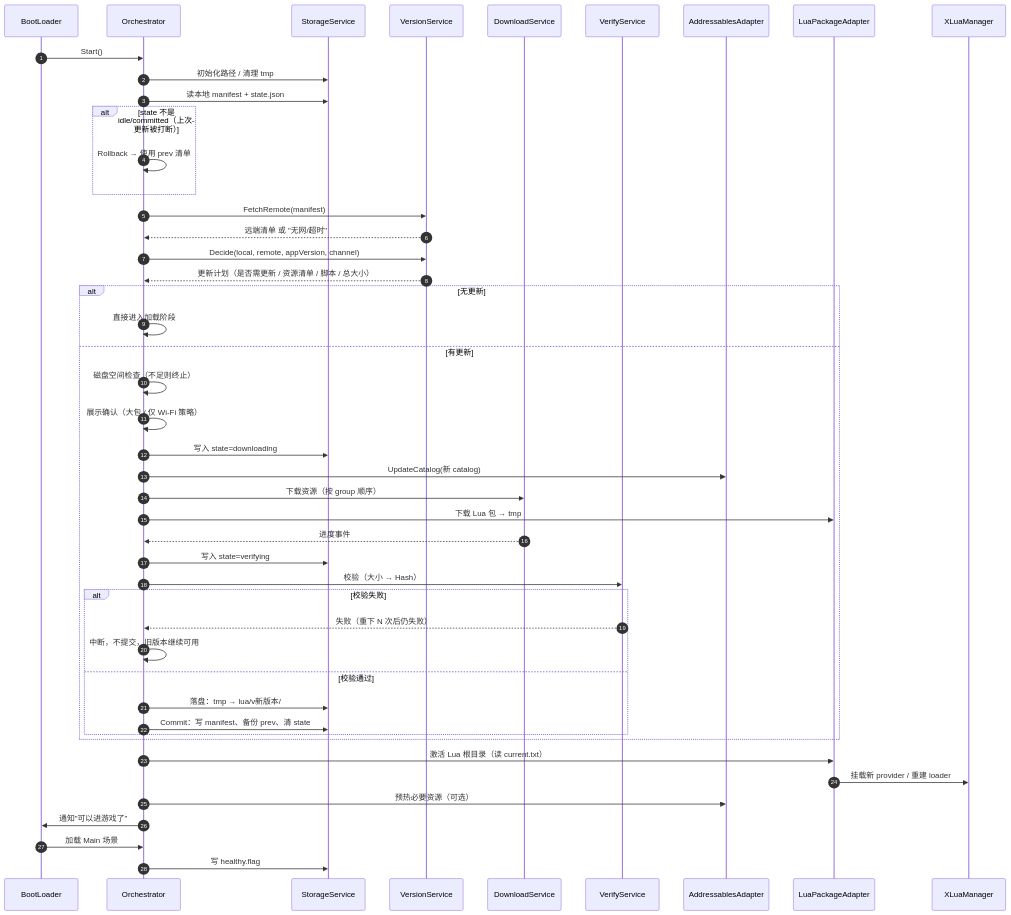
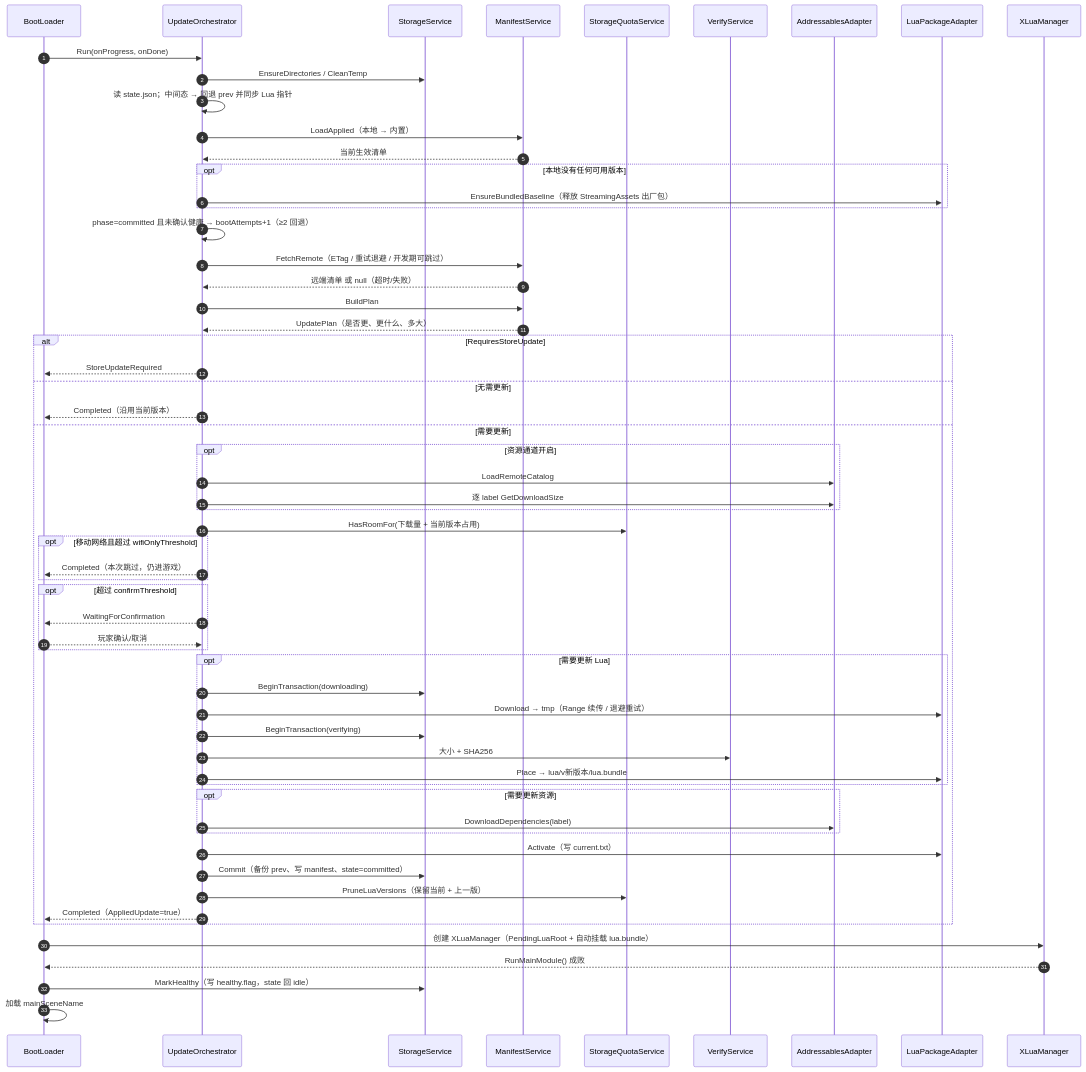
One commit to HJX-GitUser/UnityHotFixSystem changed the third of 4 diagrams in Docs/HotUpdateArchitecture.md. Above: the diagram before and after it, drawn with Mermaid. The commit also changed other lines of this file and 1 other file, not shown here.

````diff
--- a/Docs/HotUpdateArchitecture.md
+++ b/Docs/HotUpdateArchitecture.md
@@ -376,50 +399,63 @@
 ```mermaid
 sequenceDiagram
     autonumber
     participant B as BootLoader
-    participant O as Orchestrator
+    participant O as UpdateOrchestrator
     participant S as StorageService
-    participant V as VersionService
-    participant D as DownloadService
+    participant M as ManifestService
+    participant Q as StorageQuotaService
     participant F as VerifyService
     participant A as AddressablesAdapter
     participant P as LuaPackageAdapter
     participant X as XLuaManager
 
-    B->>O: Start()
-    O->>S: 初始化路径 / 清理 tmp
-    O->>S: 读本地 manifest + state.json
-    alt state 不是 idle/committed（上次更新被打断）
-        O->>O: Rollback → 使用 prev 清单
+    B->>O: Run(onProgress, onDone)
+    O->>S: EnsureDirectories / CleanTemp
+    O->>O: 读 state.json；中间态 → 回退 prev 并同步 Lua 指针
+    O->>M: LoadApplied（本地 → 内置）
+    M-->>O: 当前生效清单
+    opt 本地没有任何可用版本
+        O->>P: EnsureBundledBaseline（释放 StreamingAssets 出厂包）
     end
-    O->>V: FetchRemote(manifest)
-    V-->>O: 远端清单 或 "无网/超时"
-    O->>V: Decide(local, remote, appVersion, channel)
-    V-->>O: 更新计划（是否需更新 / 资源清单 / 脚本 / 总大小）
-    alt 无更新
-        O->>O: 直接进入加载阶段
-    else 有更新
-        O->>O: 磁盘空间检查（不足则终止）
-        O->>O: 展示确认（大包 / 仅 Wi-Fi 策略）
-        O->>S: 写入 state=downloading
-        O->>A: UpdateCatalog(新 catalog)
-        O->>D: 下载资源（按 group 顺序）
-        O->>P: 下载 Lua 包 → tmp
-        D-->>O: 进度事件
-        O->>S: 写入 state=verifying
-        O->>F: 校验（大小 → Hash）
-        alt 校验失败
-            F-->>O: 失败（重下 N 次后仍失败）
-            O->>O: 中断，不提交，旧版本继续可用
-        else 校验通过
-            O->>S: 落盘：tmp → lua/v新版本/
-            O->>S: Commit：写 manifest、备份 prev、清 state
+    O->>O: phase=committed 且未确认健康 → bootAttempts+1（≥2 回退）
+    O->>M: FetchRemote（ETag / 重试退避 / 开发期可跳过）
+    M-->>O: 远端清单 或 null（超时/失败）
+    O->>M: BuildPlan
+    M-->>O: UpdatePlan（是否更、更什么、多大）
+    alt RequiresStoreUpdate
+        O-->>B: StoreUpdateRequired
+    else 无需更新
+        O-->>B: Completed（沿用当前版本）
+    else 需要更新
+        opt 资源通道开启
+            O->>A: LoadRemoteCatalog
+            O->>A: 逐 label GetDownloadSize
         end
+        O->>Q: HasRoomFor(下载量 + 当前版本占用)
+        opt 移动网络且超过 wifiOnlyThreshold
+            O-->>B: Completed（本次跳过，仍进游戏）
+        end
+        opt 超过 confirmThreshold
+            O-->>B: WaitingForConfirmation
+            B-->>O: 玩家确认/取消
+        end
+        opt 需要更新 Lua
+            O->>S: BeginTransaction(downloading)
+            O->>P: Download → tmp（Range 续传 / 退避重试）
+            O->>S: BeginTransaction(verifying)
+            O->>F: 大小 + SHA256
+            O->>P: Place → lua/v新版本/lua.bundle
+        end
+        opt 需要更新资源
+            O->>A: DownloadDependencies(label)
+        end
+        O->>P: Activate（写 current.txt）
+        O->>S: Commit（备份 prev、写 manifest、state=committed）
+        O->>Q: PruneLuaVersions（保留当前 + 上一版）
+        O-->>B: Completed（AppliedUpdate=true）
     end
-    O->>P: 激活 Lua 根目录（读 current.txt）
-    P->>X: 挂载新 provider / 重建 loader
-    O->>A: 预热必要资源（可选）
-    O->>B: 通知"可以进游戏了"
-    B->>O: 加载 Main 场景
-    O->>S: 写 healthy.flag
+    B->>X: 创建 XLuaManager（PendingLuaRoot + 自动挂载 lua.bundle）
+    X-->>B: RunMainModule() 成败
+    B->>S: MarkHealthy（写 healthy.flag，state 回 idle）
+    B->>B: 加载 mainSceneName
 ```
````
